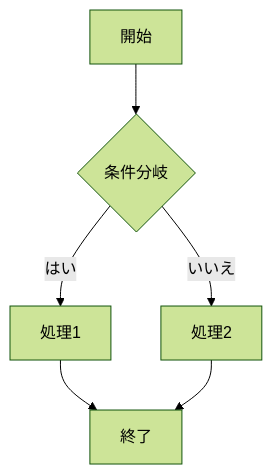
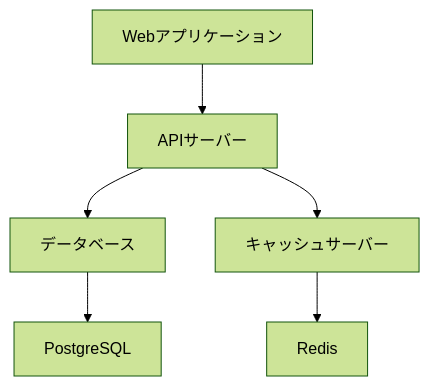
One commit to ktama/DocTemplate changed the first of 3 diagrams in sample.md. Above: the diagram before and after it, drawn with Mermaid (forest theme). The commit also changed other lines of this file and 4 other files, not shown here.

Commit message:
mod: 機密等級とMermaidの描画処理の追加

`````diff
--- a/sample.md
+++ b/sample.md
@@ -50,8 +23,8 @@
 ```mermaid
 graph TD
-  A[開始] --> B{条件分岐}
-  B -->|はい| C[処理1]
-  B -->|いいえ| D[処理2]
-  C --> E[終了]
-  D --> E
-````
+    A[Webアプリケーション] --> B[APIサーバー]
+    B --> C[データベース]
+    B --> D[キャッシュサーバー]
+    D --> E[Redis]
+    C --> F[PostgreSQL]
+```
`````
